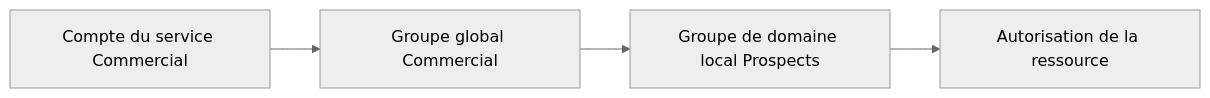
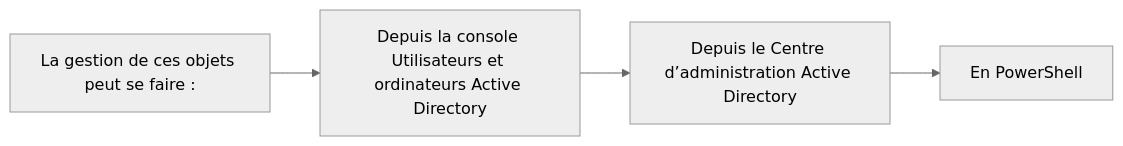
Before and after one commit to sk34pk25/tssr-cours: the fourth of 5 diagrams in docs/modules/09-services-reseaux-en-environnement-microsoft/module-02-module-02.md, drawn with Mermaid (neutral theme). The commit also changed other lines of this file and 5 other files, not shown here.

````diff
--- a/docs/modules/09-services-reseaux-en-environnement-microsoft/module-02-module-02.md
+++ b/docs/modules/09-services-reseaux-en-environnement-microsoft/module-02-module-02.md
@@ -51,6 +346,10 @@
 ```mermaid
 flowchart LR
-    A["Compte du service Commercial"] --> G["Groupe global Commercial"]
-    G --> D["Groupe de domaine local Prospects"]
-    D --> P["Autorisation de la ressource"]
+    N1["La gestion de ces objets peut se faire :"]
+    N2["Depuis la console Utilisateurs et ordinateurs Active Directory"]
+    N3["Depuis le Centre d’administration Active Directory"]
+    N4["En PowerShell"]
+    N1 --> N2
+    N2 --> N3
+    N3 --> N4
 ```
````
